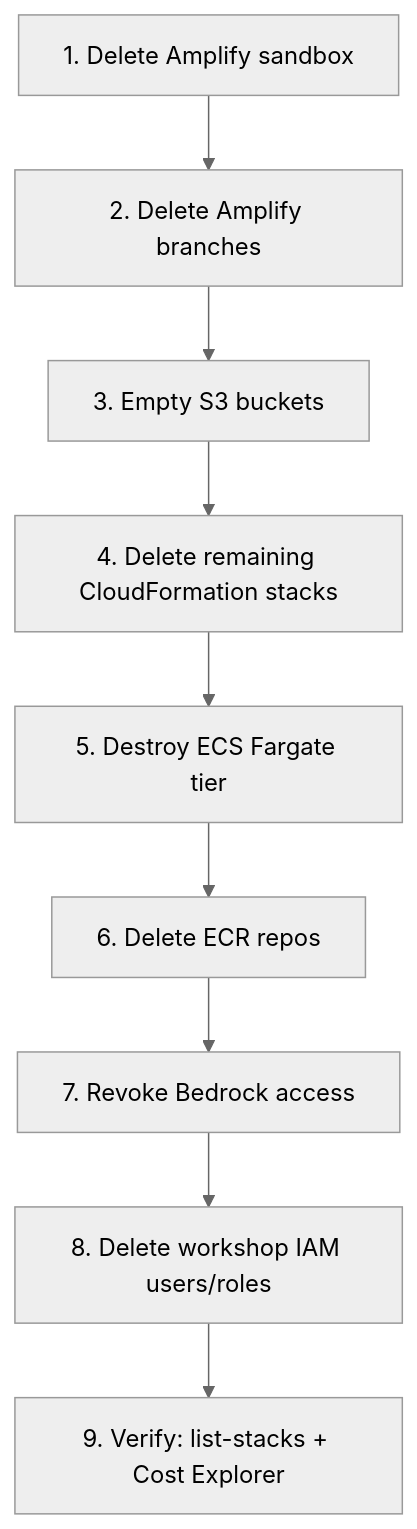
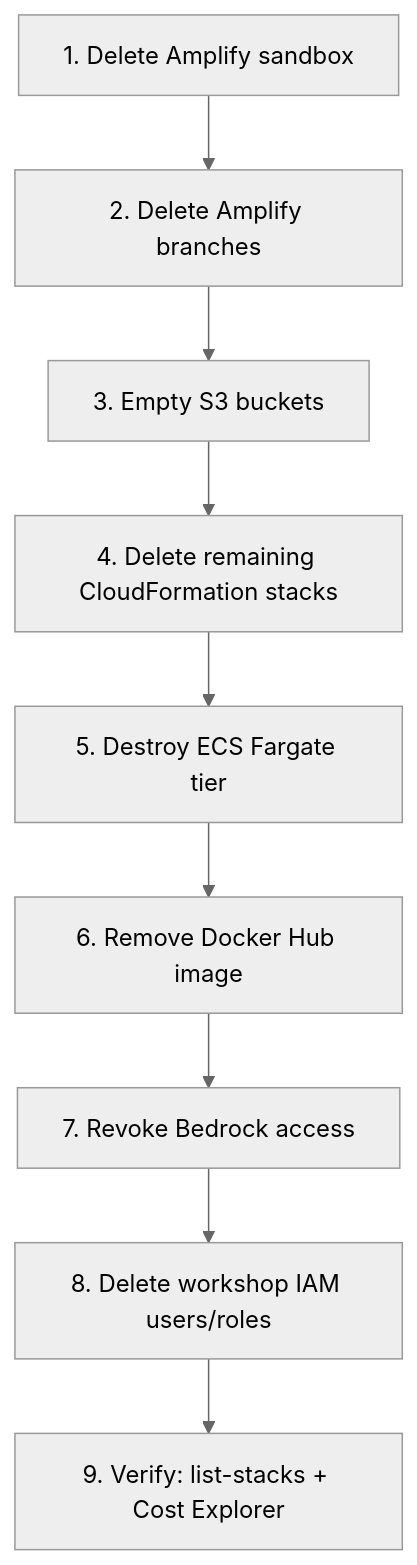
Before and after one commit to KhaiND1221/FCAJ-intership-report: the diagram in content/workshop/4.10-Cleanup/index.en.md, drawn with Mermaid (neutral theme). The commit also changed other lines of this file and 57 other files, not shown here.

````diff
--- a/content/workshop/4.10-Cleanup/index.en.md
+++ b/content/workshop/4.10-Cleanup/index.en.md
@@ -7,11 +7,11 @@
 ```mermaid
 flowchart TD
   A[1. Delete Amplify sandbox] --> B[2. Delete Amplify branches]
   B --> C[3. Empty S3 buckets]
   C --> D[4. Delete remaining CloudFormation stacks]
   D --> E[5. Destroy ECS Fargate tier]
-  E --> F[6. Delete ECR repos]
+  E --> F[6. Remove Docker Hub image]
   F --> G[7. Revoke Bedrock access]
   G --> H[8. Delete workshop IAM users/roles]
   H --> I[9. Verify: list-stacks + Cost Explorer]
 ```
````
